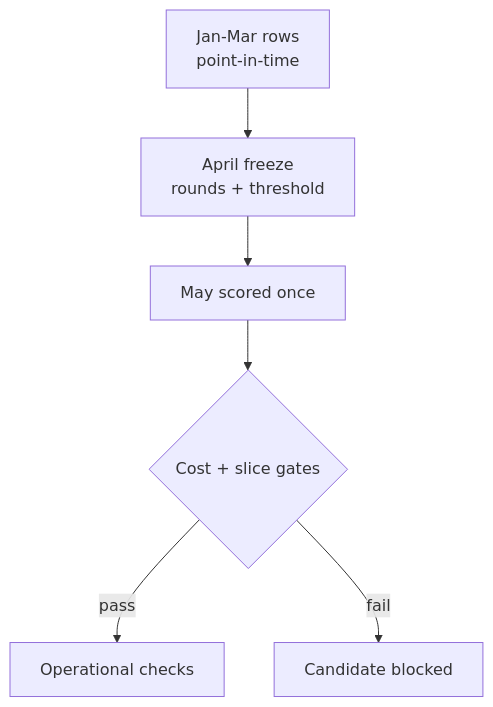
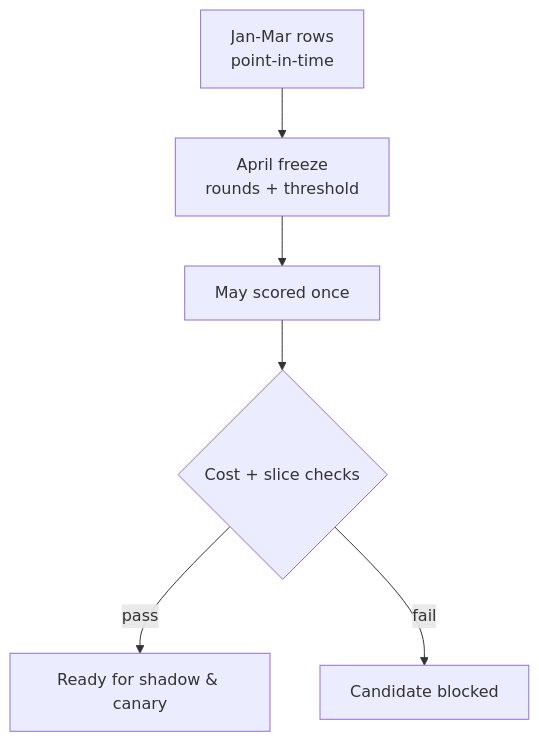
One commit to bvolpato/leetllm changed the diagram in web/src/content/foundations/gradient-boosted-trees-production/content.md. Above: the diagram before and after it, drawn with Mermaid. The commit also changed other lines of this file and 23 other files, not shown here.

````diff
--- a/web/src/content/foundations/gradient-boosted-trees-production/content.md
+++ b/web/src/content/foundations/gradient-boosted-trees-production/content.md
@@ -55,8 +47,8 @@
 ```mermaid
 flowchart TB
     A["Jan-Mar rows<br/>point-in-time"]:::secondary --> B["April freeze<br/>rounds + threshold"]:::primary
     B --> C["May scored once"]:::accent
-    C --> D{"Cost + slice gates"}:::warning
-    D -->|pass| E["Operational checks"]:::success
+    C --> D{"Cost + slice checks"}:::warning
+    D -->|pass| E["Ready for shadow & canary"]:::success
     D -->|fail| F["Candidate blocked"]:::danger
 ```
````
